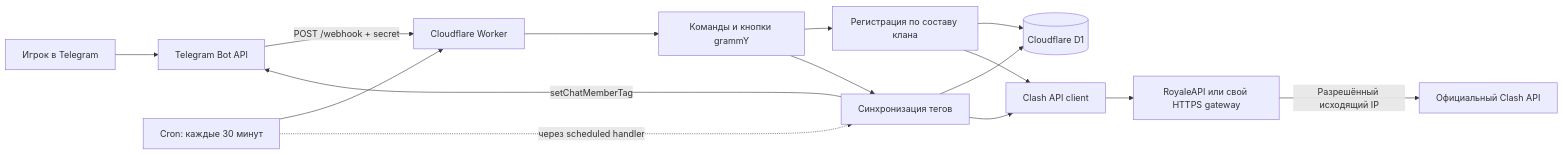
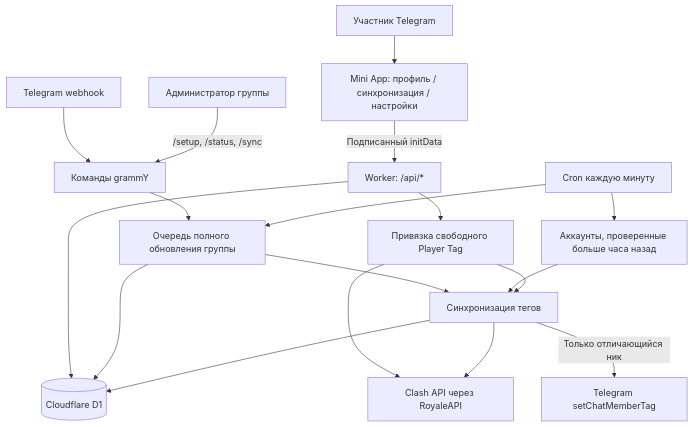
One commit to BozemenOfficial/CoCClansBot changed the diagram in docs/architecture.md. Above: the diagram before and after it, drawn with Mermaid. The commit also changed other lines of this file and 33 other files, not shown here.

Commit message:
Move profiles and account linking into Telegram Mini App

````diff
--- a/docs/architecture.md
+++ b/docs/architecture.md
@@ -5,17 +3,20 @@
 ```mermaid
-flowchart LR
-    User[Игрок в Telegram] --> Telegram[Telegram Bot API]
-    Telegram -->|POST /webhook + secret| Worker[Cloudflare Worker]
-    Cron[Cron: каждые 30 минут] --> Worker
-    Worker --> Handlers[Команды и кнопки grammY]
-    Handlers --> Linking[Регистрация по составу клана]
-    Handlers --> Sync[Синхронизация тегов]
-    Cron -. через scheduled handler .-> Sync
-    Linking --> DB[(Cloudflare D1)]
+flowchart TD
+    User[Участник Telegram] --> App[Mini App: профиль / синхронизация / настройки]
+    App -->|Подписанный initData| API[Worker: /api/*]
+    Telegram[Telegram webhook] --> Bot[Команды grammY]
+    Admin[Администратор группы] -->|/setup, /status, /sync| Bot
+    Bot --> Jobs[Очередь полного обновления группы]
+    Cron[Cron каждую минуту] --> Jobs
+    Cron --> Due[Аккаунты, проверенные больше часа назад]
+    Jobs --> Sync[Синхронизация тегов]
+    Due --> Sync
+    API --> Link[Привязка свободного Player Tag]
+    Link --> Sync
+    API --> DB[(Cloudflare D1)]
+    Jobs --> DB
     Sync --> DB
-    Linking --> Client[Clash API client]
-    Sync --> Client
-    Client --> Gateway[RoyaleAPI или свой HTTPS gateway]
-    Gateway -->|Разрешённый исходящий IP| Clash[Официальный Clash API]
-    Sync -->|setChatMemberTag| Telegram
+    Link --> Clash[Clash API через RoyaleAPI]
+    Sync --> Clash
+    Sync -->|Только отличающийся ник| Tags[Telegram setChatMemberTag]
 ```
````
